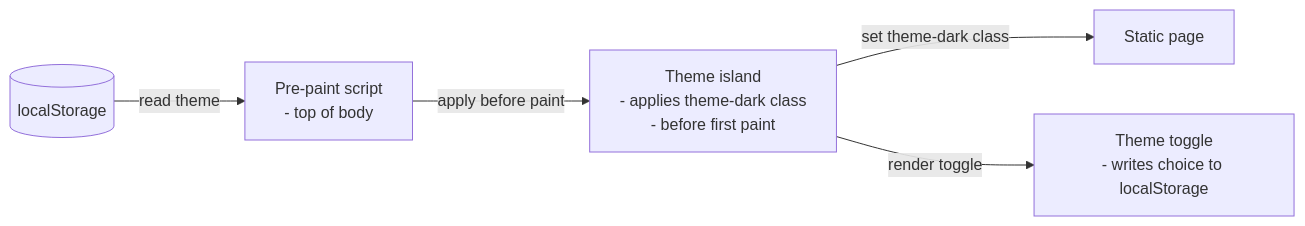
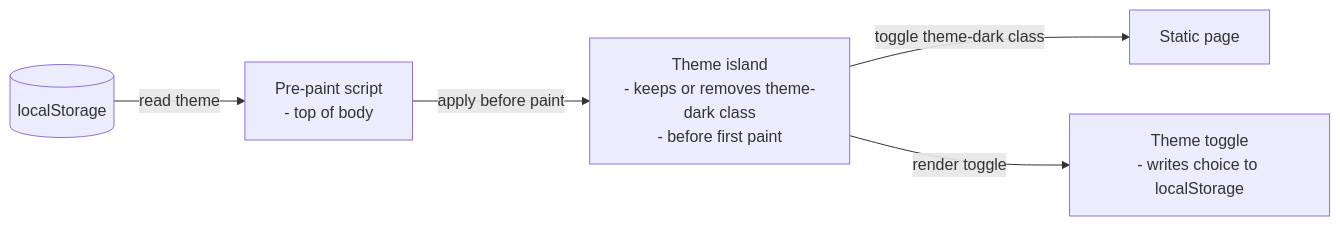
One commit to elleskay/platform-site changed the third of 4 diagrams in README.md. Above: the diagram before and after it, drawn with Mermaid. The commit also changed other lines of this file and 16 other files, not shown here.

````diff
--- a/README.md
+++ b/README.md
@@ -113,7 +113,7 @@
 ```mermaid
 flowchart LR
   LS[("localStorage")] -->|"read theme"| Pre["Pre-paint script<br/>- top of body"]
-  Pre -->|"apply before paint"| Theme["Theme island<br/>- applies theme-dark class<br/>- before first paint"]
-  Theme -->|"set theme-dark class"| Page["Static page"]
+  Pre -->|"apply before paint"| Theme["Theme island<br/>- keeps or removes theme-dark class<br/>- before first paint"]
+  Theme -->|"toggle theme-dark class"| Page["Static page"]
   Theme -->|"render toggle"| Toggle["Theme toggle<br/>- writes choice to localStorage"]
 ```
````
